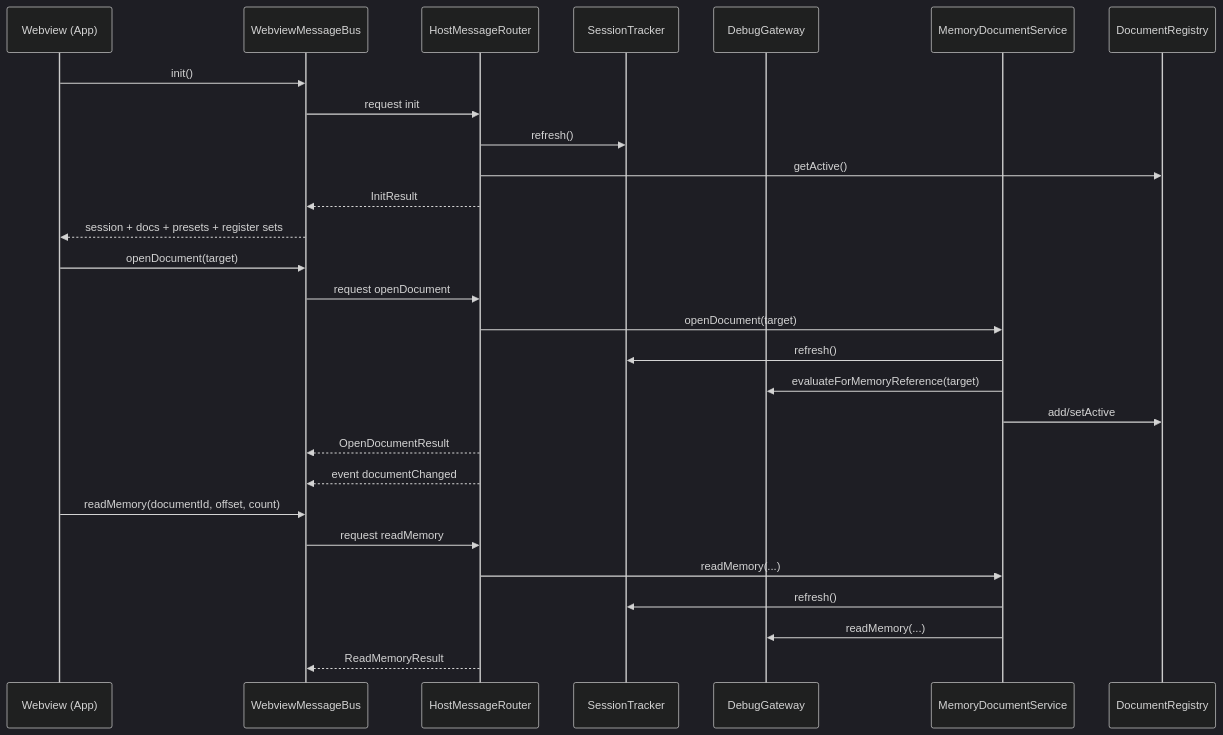
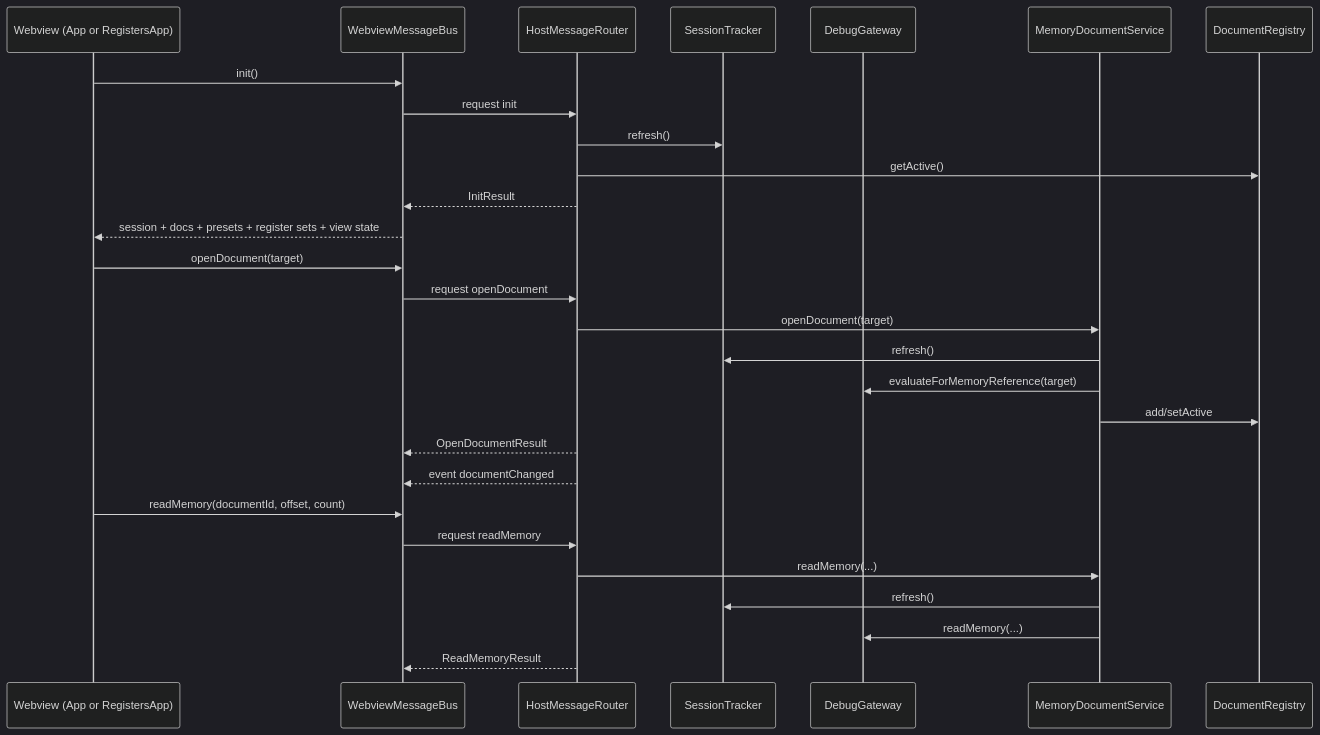
The second of 2 diagrams in docs/architecture.md (PoncheDeFrutas/StackScope), drawn with Mermaid (dark theme) before and after one commit. The commit also changed other lines of this file and 9 other files, not shown here.

Commit message:
docs: document independent registers view

````diff
--- a/docs/architecture.md
+++ b/docs/architecture.md
@@ -60,33 +62,33 @@
 ```mermaid
 sequenceDiagram
-  participant W as Webview (App)
+  participant W as Webview (App or RegistersApp)
   participant B as WebviewMessageBus
   participant H as HostMessageRouter
   participant S as SessionTracker
   participant D as DebugGateway
   participant M as MemoryDocumentService
   participant R as DocumentRegistry
 
   W->>B: init()
   B->>H: request init
   H->>S: refresh()
   H->>R: getActive()
   H-->>B: InitResult
-  B-->>W: session + docs + presets + register sets
+  B-->>W: session + docs + presets + register sets + view state
 
   W->>B: openDocument(target)
   B->>H: request openDocument
   H->>M: openDocument(target)
   M->>S: refresh()
   M->>D: evaluateForMemoryReference(target)
   M->>R: add/setActive
   H-->>B: OpenDocumentResult
   H-->>B: event documentChanged
 
   W->>B: readMemory(documentId, offset, count)
   B->>H: request readMemory
   H->>M: readMemory(...)
   M->>S: refresh()
   M->>D: readMemory(...)
   H-->>B: ReadMemoryResult
 ```
````
